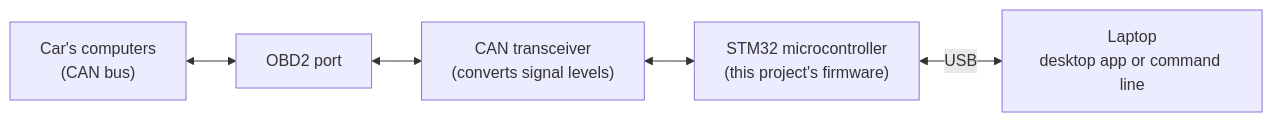
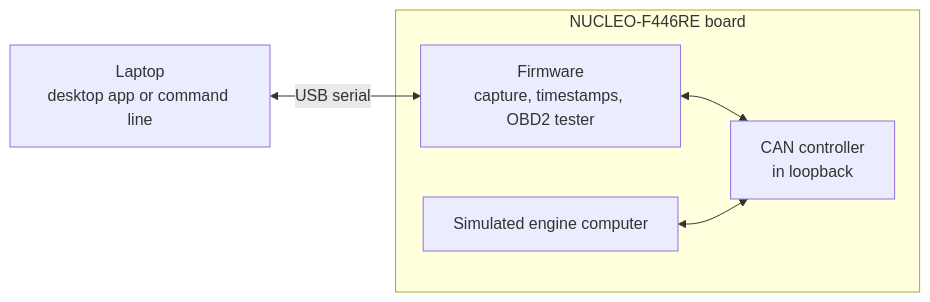
The diagram in README.md (ka5j/obd2-sniffer), drawn with Mermaid before and after one commit. The commit also changed other lines of this file and 5 other files, not shown here.

````diff
--- a/README.md
+++ b/README.md
@@ -53,7 +59,8 @@
 ```mermaid
 flowchart LR
-    Car["Car's computers<br/>(CAN bus)"] <--> Port["OBD2 port"]
-    Port <--> Chip["CAN transceiver<br/>(converts signal levels)"]
-    Chip <--> MCU["STM32 microcontroller<br/>(this project's firmware)"]
-    MCU <-- USB --> Laptop["Laptop<br/>desktop app or command line"]
+    Laptop["Laptop<br/>desktop app or command line"] <-- USB serial --> FW
+    subgraph Board["NUCLEO-F446RE board"]
+        FW["Firmware<br/>capture, timestamps, OBD2 tester"] <--> CAN["CAN controller<br/>in loopback"]
+        ECU["Simulated engine computer"] <--> CAN
+    end
 ```
````
